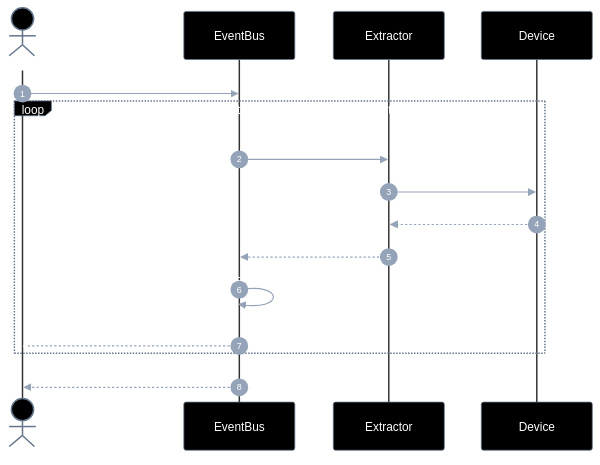
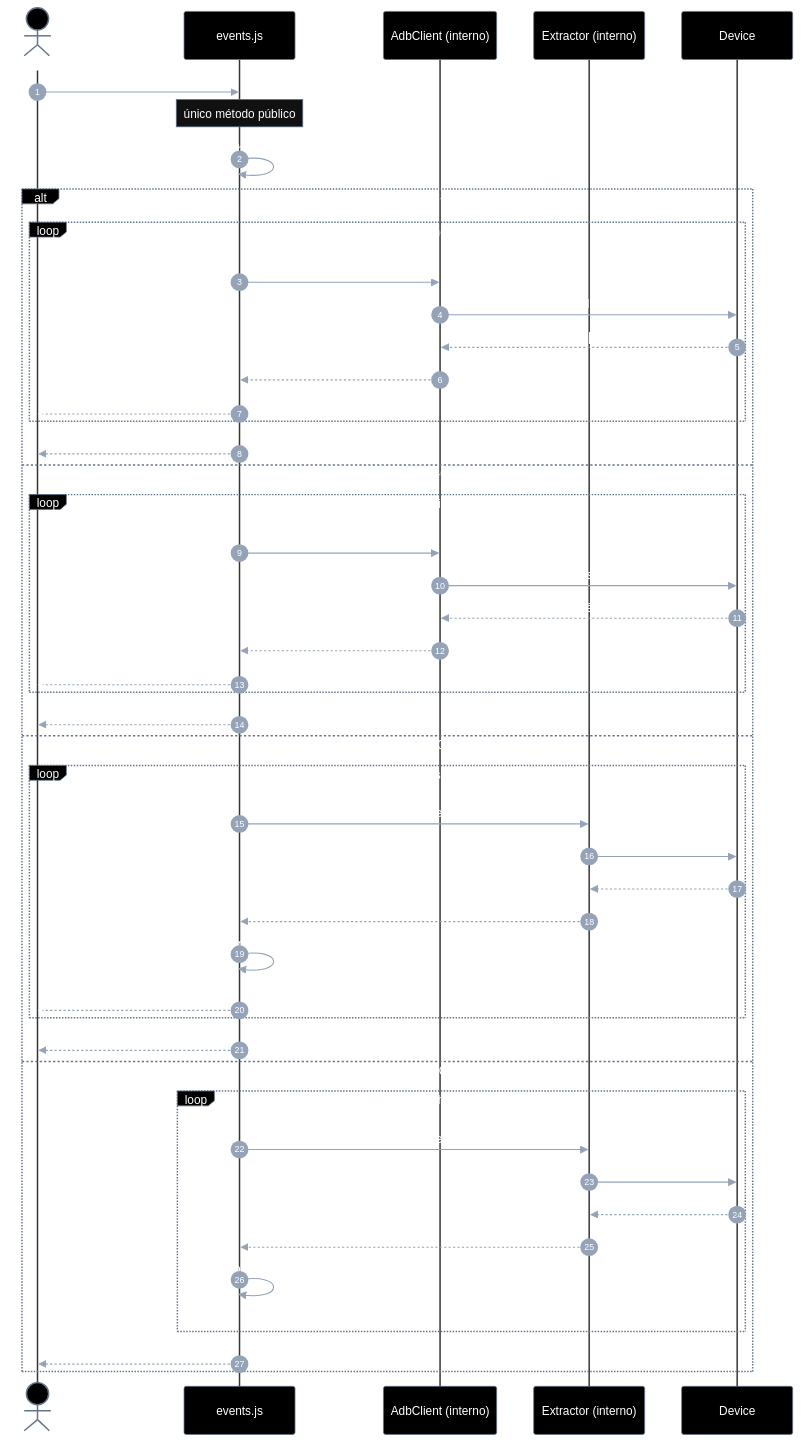
Before and after one commit to laerciogermano/workstation: the first of 2 diagrams in connectmax/screen-robot/implementation-plan/EP-02-eventos-de-ui.md, drawn with Mermaid. The commit also changed other lines of this file, not shown here.

First line of the commit message:
Alinha o plano EP-02 ao padrão do EP-01: lib events.js com único método on.

````diff
--- a/connectmax/screen-robot/implementation-plan/EP-02-eventos-de-ui.md
+++ b/connectmax/screen-robot/implementation-plan/EP-02-eventos-de-ui.md
@@ -341,19 +111,52 @@
 ---
 sequenceDiagram
   autonumber
-  actor Dev as Caller
-  participant E as EventBus
-  participant X as Extractor
+  actor Dev as Caller / CLI
+  participant Lib as events.js
+  participant A as AdbClient (interno)
+  participant X as Extractor (interno)
   participant D as Device
 
-  Dev->>E: on("ui_stable", { serial, ...opts })
-  loop até estável por stableMs ou timeout
-    E->>X: dumpUiXml(serial)
-    X->>D: uiautomator dump
-    D-->>X: xml
-    X-->>E: xml
-    E->>E: hash(xml) == previous?
-    E--)Dev: on("ui_stable_poll", payload)
+  Dev->>Lib: on(event, opts)
+  note over Lib: único método público
+  Lib->>Lib: dispatch(event)
+
+  alt event = boot (SC-04)
+    loop até boot=1 ou timeout
+      Lib->>A: getprop sys.boot_completed
+      A->>D: adb shell getprop
+      D-->>A: "0"|"1"
+      A-->>Lib: prop
+      Lib--)Dev: onEvent(boot_poll)
+    end
+    Lib-->>Dev: { boot: true }
+  else event = app_open (SC-05)
+    loop até foreground ou timeout
+      Lib->>A: dumpsys / pidof pkg
+      A->>D: adb shell
+      D-->>A: evidência
+      A-->>Lib: fg?
+      Lib--)Dev: onEvent(app_poll)
+    end
+    Lib-->>Dev: { foreground: true, package }
+  else event = ui_stable (SC-06)
+    loop até estável por stableMs ou timeout
+      Lib->>X: dumpUiXml(serial)
+      X->>D: uiautomator dump
+      D-->>X: xml
+      X-->>Lib: xml
+      Lib->>Lib: hash == previous?
+      Lib--)Dev: onEvent(ui_stable_poll)
+    end
+    Lib-->>Dev: { stable: true }
+  else event = dump_change (SC-07)
+    loop até hash ≠ previous ou timeout
+      Lib->>X: dumpUiXml(serial)
+      X->>D: uiautomator dump
+      D-->>X: xml
+      X-->>Lib: xml
+      Lib->>Lib: hash ≠ previous?
+    end
+    Lib-->>Dev: { xml, changed: true }
   end
-  E-->>Dev: on("ui_stable", { stable: true })
 ```
````
